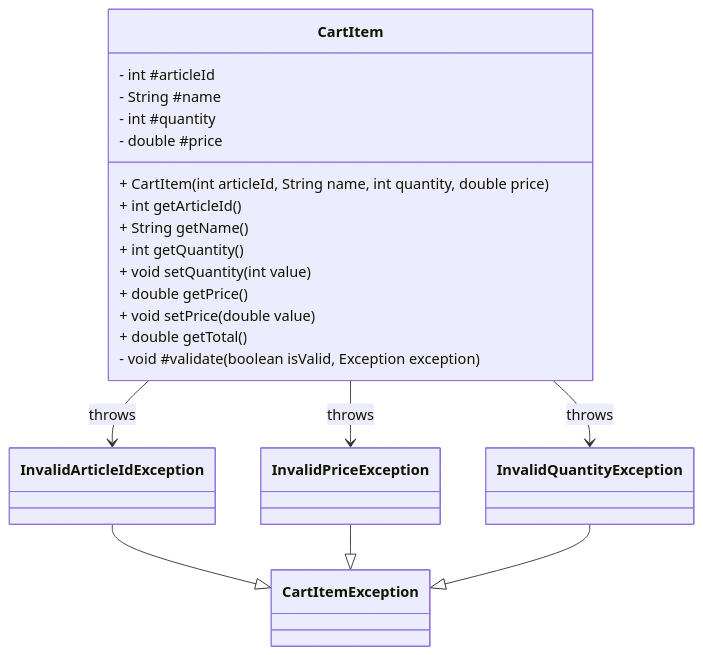
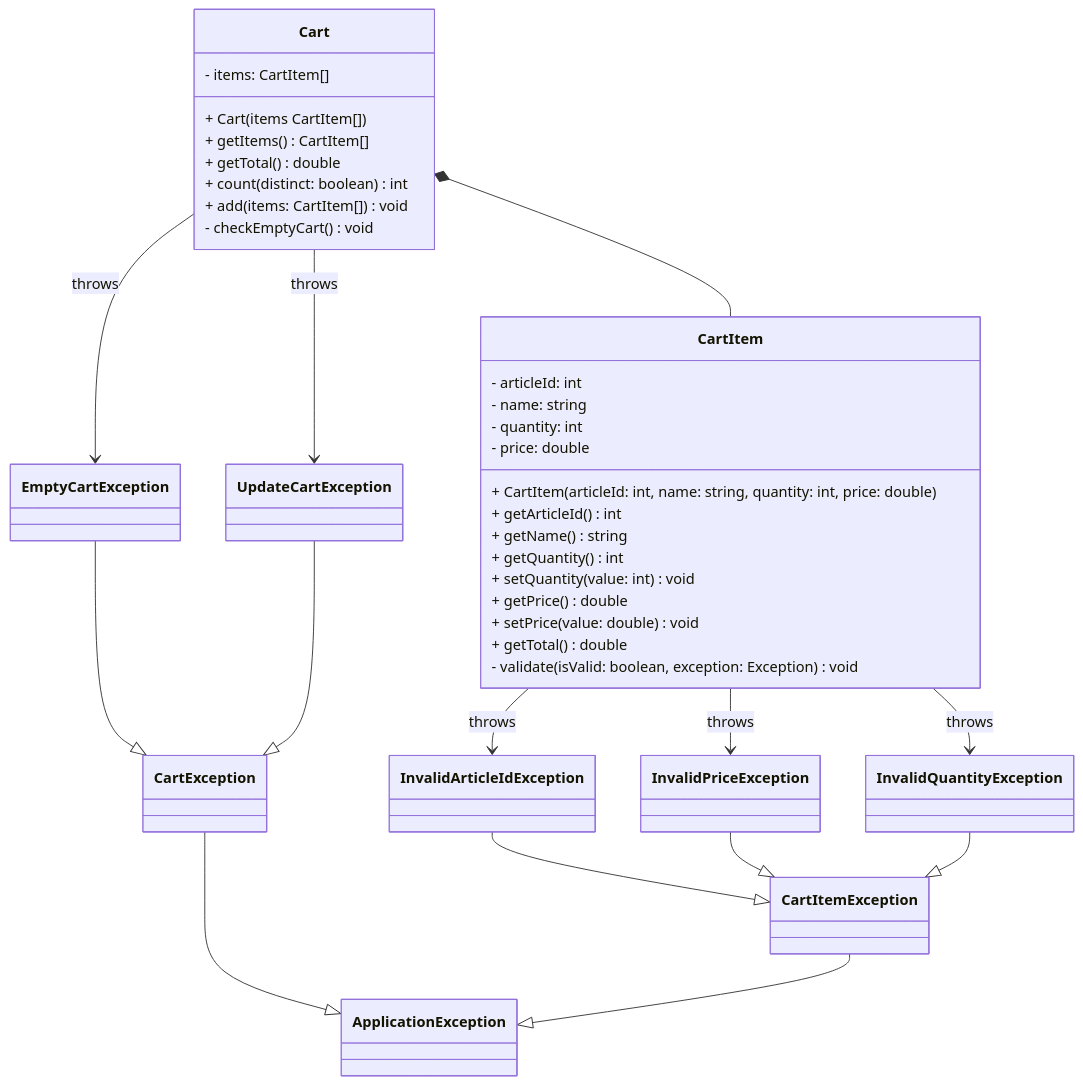
One commit to EthannSchneider/Shopping changed the diagram in docs/class-diagram.md. Above: the diagram before and after it, drawn with Mermaid.

Commit message:
docs: update class diagram to include Cart and exception classes

````diff
--- a/docs/class-diagram.md
+++ b/docs/class-diagram.md
@@ -1,38 +1,71 @@
 ```mermaid
 classDiagram
     class CartItem {
-        - int #articleId
-        - String #name
-        - int #quantity
-        - double #price
-        + CartItem(int articleId, String name, int quantity, double price)
-        + int getArticleId()
-        + String getName()
-        + int getQuantity()
-        + void setQuantity(int value)
-        + double getPrice()
-        + void setPrice(double value)
-        + double getTotal()
-        - void #validate(boolean isValid, Exception exception)
+        - articleId: int
+        - name: string
+        - quantity: int
+        - price: double
+        + CartItem(articleId: int, name: string, quantity: int, price: double)
+        + getArticleId() int
+        + getName() string
+        + getQuantity() int
+        + setQuantity(value: int) void
+        + getPrice() double
+        + setPrice(value: double) void
+        + getTotal() double
+        - validate(isValid: boolean, exception: Exception) void
+    }
+
+    class Cart {
+        - items: CartItem[]
+        + Cart(items CartItem[])
+        + getItems() CartItem[] 
+        + getTotal() double
+        + count(distinct: boolean) int
+        + add(items: CartItem[]) void
+        - checkEmptyCart() void
+    }
+
+    Cart *-- CartItem
+
+    class EmptyCartException {
+    }
+
+    class UpdateCartException {
+    }
+
+    class CartException {
     }
 
     class InvalidArticleIdException {
     }
 
     class InvalidPriceException {
     }
 
     class InvalidQuantityException {
     }
     
     class CartItemException {
     }
 
+    class ApplicationException {
+    }
+
     InvalidArticleIdException --|> CartItemException
     InvalidPriceException --|> CartItemException
     InvalidQuantityException --|> CartItemException
 
+    EmptyCartException --|> CartException
+    UpdateCartException --|> CartException
+
+    CartException --|> ApplicationException
+    CartItemException --|> ApplicationException
+
     CartItem --> InvalidArticleIdException : throws
     CartItem --> InvalidPriceException : throws
     CartItem --> InvalidQuantityException : throws
+
+    Cart --> EmptyCartException : throws
+    Cart --> UpdateCartException : throws
 ```
````
